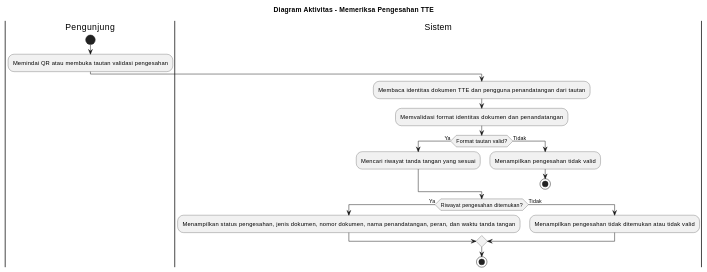
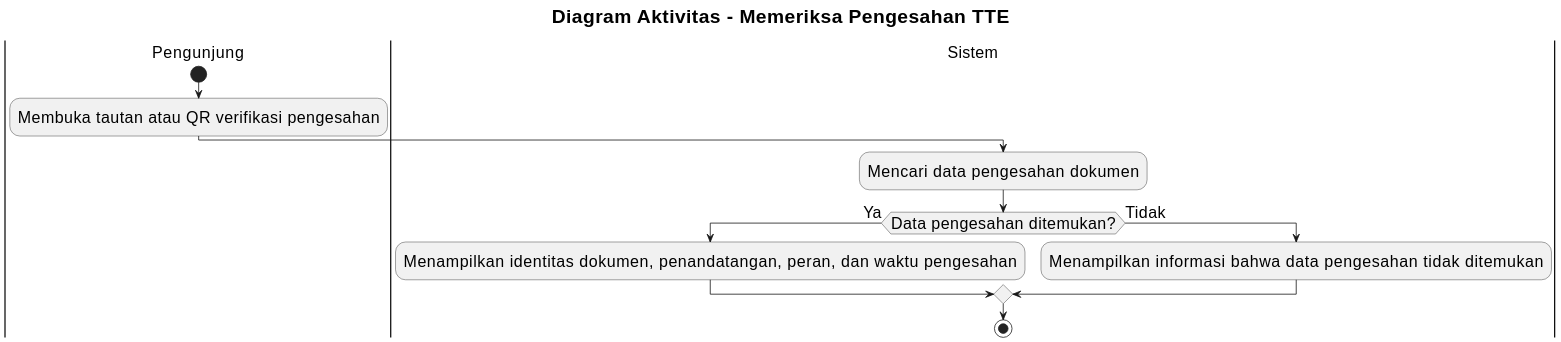
The diagram in docs/activity-diagram/lampiran/pengunjung-memeriksa-pengesahan-tte.md (howlil/sop-generate-app), drawn with PlantUML before and after one commit. The commit also changed other lines of this file and 20 other files, not shown here.

Commit message:
docs(activity): align all activity diagrams with use cases

````diff
--- a/docs/activity-diagram/lampiran/pengunjung-memeriksa-pengesahan-tte.md
+++ b/docs/activity-diagram/lampiran/pengunjung-memeriksa-pengesahan-tte.md
@@ -16,28 +16,25 @@
 ```plantuml
 @startuml
+skinparam defaultFontSize 20
+skinparam titleFontSize 24
+skinparam dpi 160
+
 title Diagram Aktivitas - Memeriksa Pengesahan TTE
 
 |Pengunjung|
 start
-:Memindai QR atau membuka tautan validasi pengesahan;
+:Membuka tautan atau QR verifikasi pengesahan;
 
 |Sistem|
-:Membaca identitas dokumen TTE dan pengguna penandatangan dari tautan;
-:Memvalidasi format identitas dokumen dan penandatangan;
+:Mencari data pengesahan dokumen;
 
-if (Format tautan valid?) then (Ya)
-  :Mencari riwayat tanda tangan yang sesuai;
+if (Data pengesahan ditemukan?) then (Ya)
+  :Menampilkan identitas dokumen, penandatangan, peran, dan waktu pengesahan;
 else (Tidak)
-  :Menampilkan pengesahan tidak valid;
-  stop
-endif
-
-if (Riwayat pengesahan ditemukan?) then (Ya)
-  :Menampilkan status pengesahan, jenis dokumen, nomor dokumen, nama penandatangan, peran, dan waktu tanda tangan;
-else (Tidak)
-  :Menampilkan pengesahan tidak ditemukan atau tidak valid;
+  :Menampilkan informasi bahwa data pengesahan tidak ditemukan;
 endif
 
 stop
+
 @enduml
 ```
````
